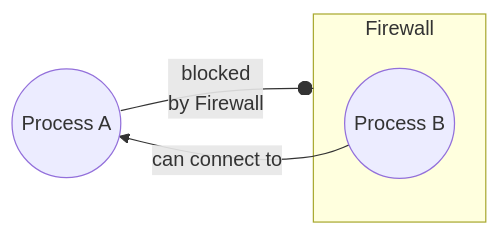
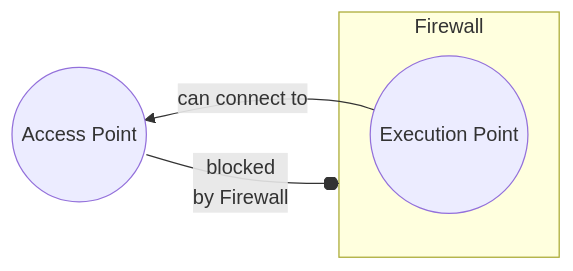
Before and after one commit to htcondor/htcondor: the second of 3 diagrams in docs/admin-manual/networking.rst, drawn with Mermaid. The commit also changed other lines of this file, not shown here.

Commit message:
HTCONDOR-3247 Fixup CCB docs and diagrams

```diff
--- a/docs/admin-manual/networking.rst
+++ b/docs/admin-manual/networking.rst
@@ -564,13 +558,14 @@
    .. mermaid::
-      :caption: One process (B) behind firewall, the other (A) not.
+      :caption: EP located behind firewall, the AP is not.
       :align: center
 
-      flowchart LR
-      start((Process A))
-      start -- blocked\nby Firewall --o Firewall
+      flowchart RL
 
       subgraph Firewall
-      Condor((Process B))
+      startd((Execution Point))
       end
 
-      Condor -- can connect to --> start
+      schedd((Access Point))
+      schedd -- blocked\nby Firewall --o Firewall
+
+      startd -- can connect to --> schedd
```
